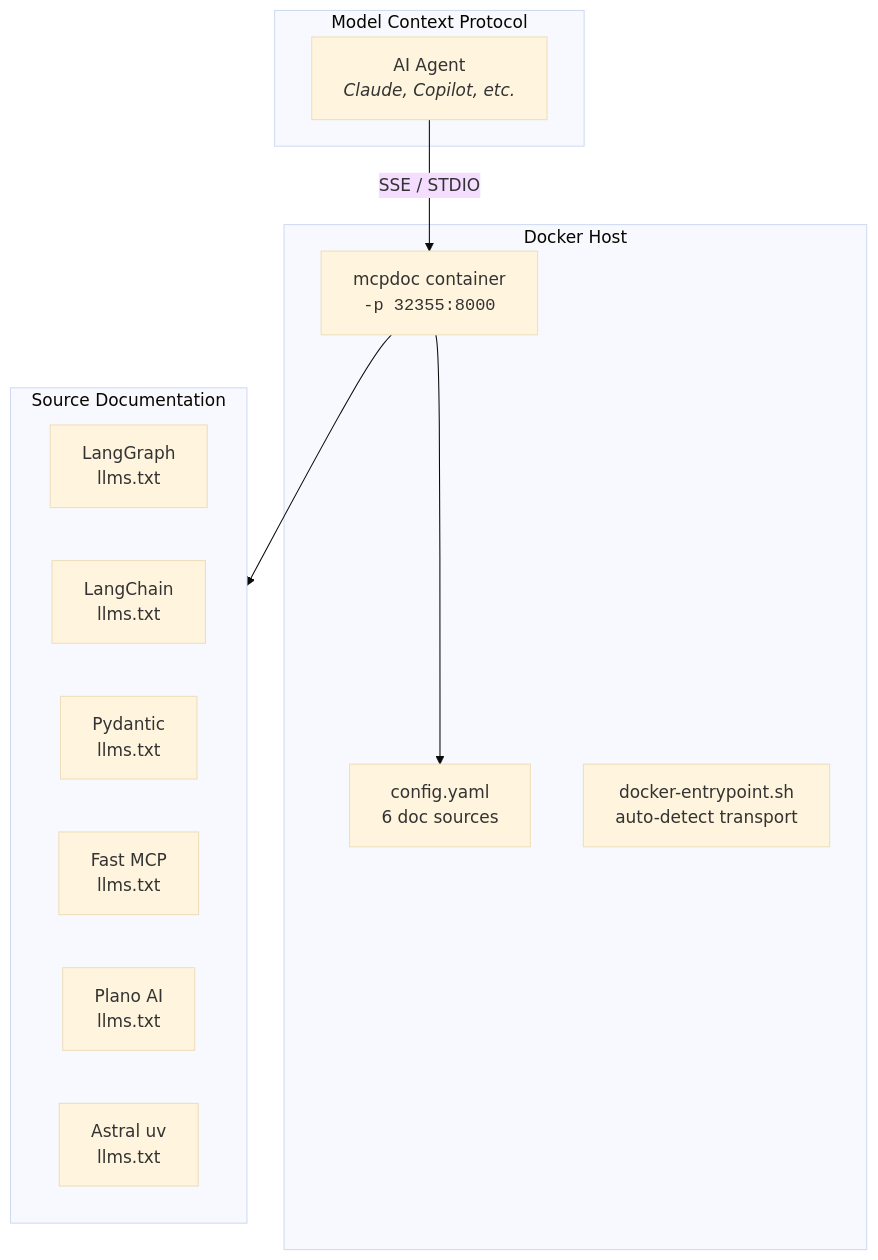
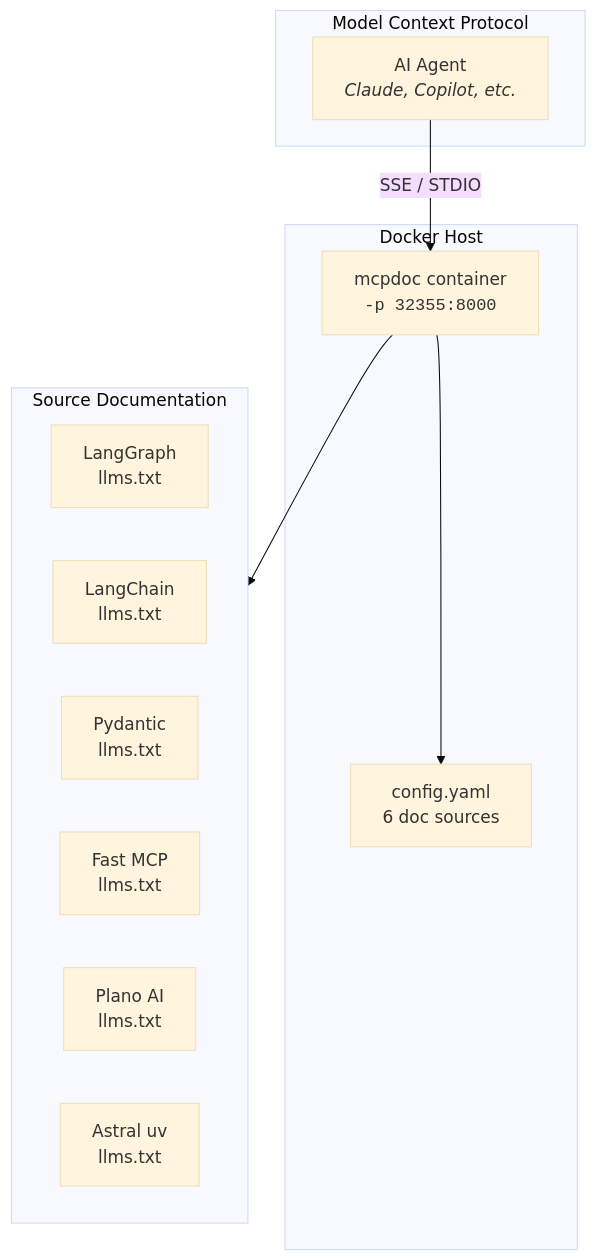
Before and after one commit to grevinden/mcpdoc: the first of 2 diagrams in .github/README.md, drawn with Mermaid (base theme). The commit also changed other lines of this file and 2 other files, not shown here.

Commit message:
Remove entrypoint script and default to SSE mode

````diff
--- a/.github/README.md
+++ b/.github/README.md
@@ -27,25 +27,24 @@
 ```mermaid
 graph TB
     subgraph Host["Docker Host"]
         MC["mcpdoc container<br/><code>-p 32355:8000</code>"]
         CFG["config.yaml<br/>6 doc sources"]
-        EP["docker-entrypoint.sh<br/>auto-detect transport"]
     end
 
     subgraph MCP["Model Context Protocol"]
         LLM["AI Agent<br/><i>Claude, Copilot, etc.</i>"]
     end
 
     subgraph Web["Source Documentation"]
         LG["LangGraph<br/>llms.txt"]
         LC["LangChain<br/>llms.txt"]
         PV["Pydantic<br/>llms.txt"]
         FM["Fast MCP<br/>llms.txt"]
         PA["Plano AI<br/>llms.txt"]
         UV["Astral uv<br/>llms.txt"]
     end
 
     LLM -- "SSE / STDIO" --> MC
     MC --> CFG
     MC --> Web
 ```
````
